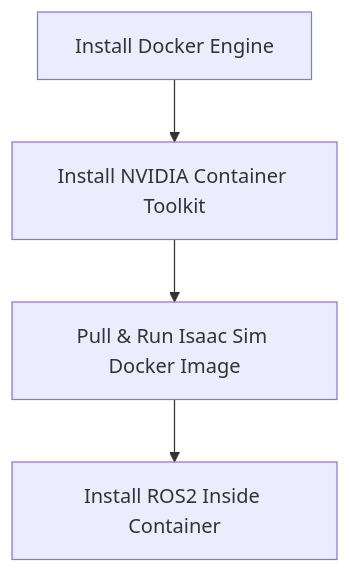
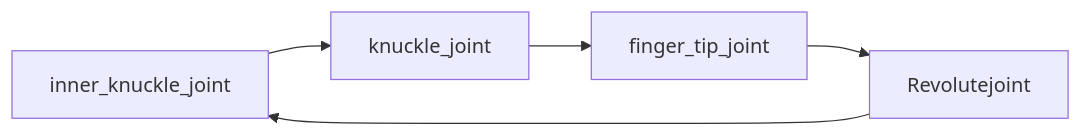
Before and after one commit to holytorch/holytorch.github.io: the diagram in _posts/2025-12-25-Integration_of_the_(FRcobot_robotic_arm)_with_the_2F_85_end_effector2.md, drawn with Mermaid. The commit also changed other lines of this file and 19 other files, not shown here.

````diff
--- a/_posts/2025-12-25-Integration_of_the_(FRcobot_robotic_arm)_with_the_2F_85_end_effector2.md
+++ b/_posts/2025-12-25-Integration_of_the_(FRcobot_robotic_arm)_with_the_2F_85_end_effector2.md
@@ -91,6 +200,8 @@
 ```mermaid
-graph TD
-    A[Install Docker Engine] --> B[Install NVIDIA Container Toolkit]
-    B --> C[Pull & Run Isaac Sim Docker Image]
-    C --> D[Install ROS2 Inside Container]
+flowchart LR
+C[inner_knuckle_joint]
+    C --> D[knuckle_joint]
+    D --> E[finger_tip_joint]
+    E --> F[Revolutejoint]
+    F --> C
 ```
````
